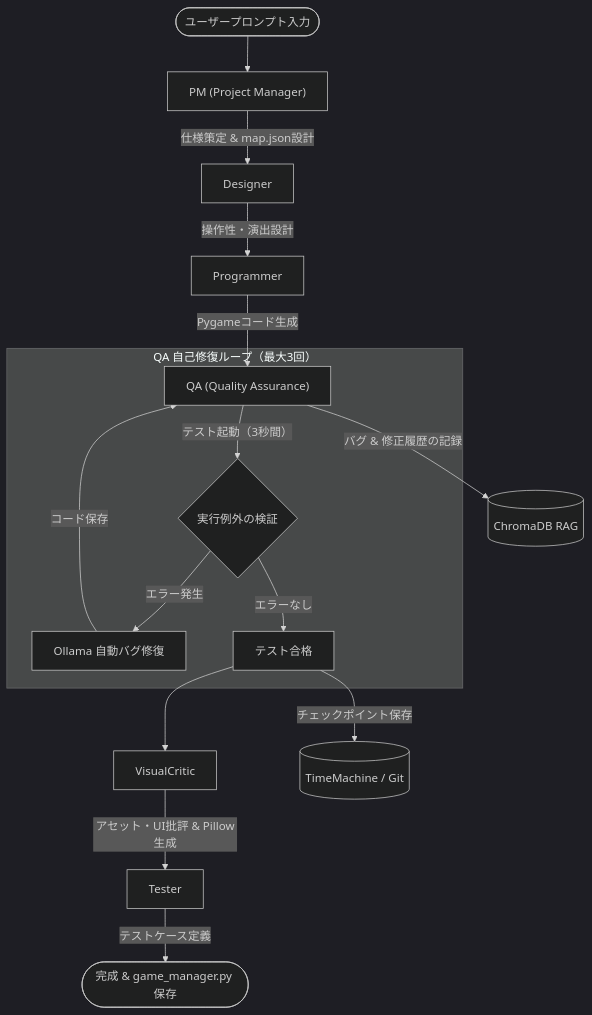
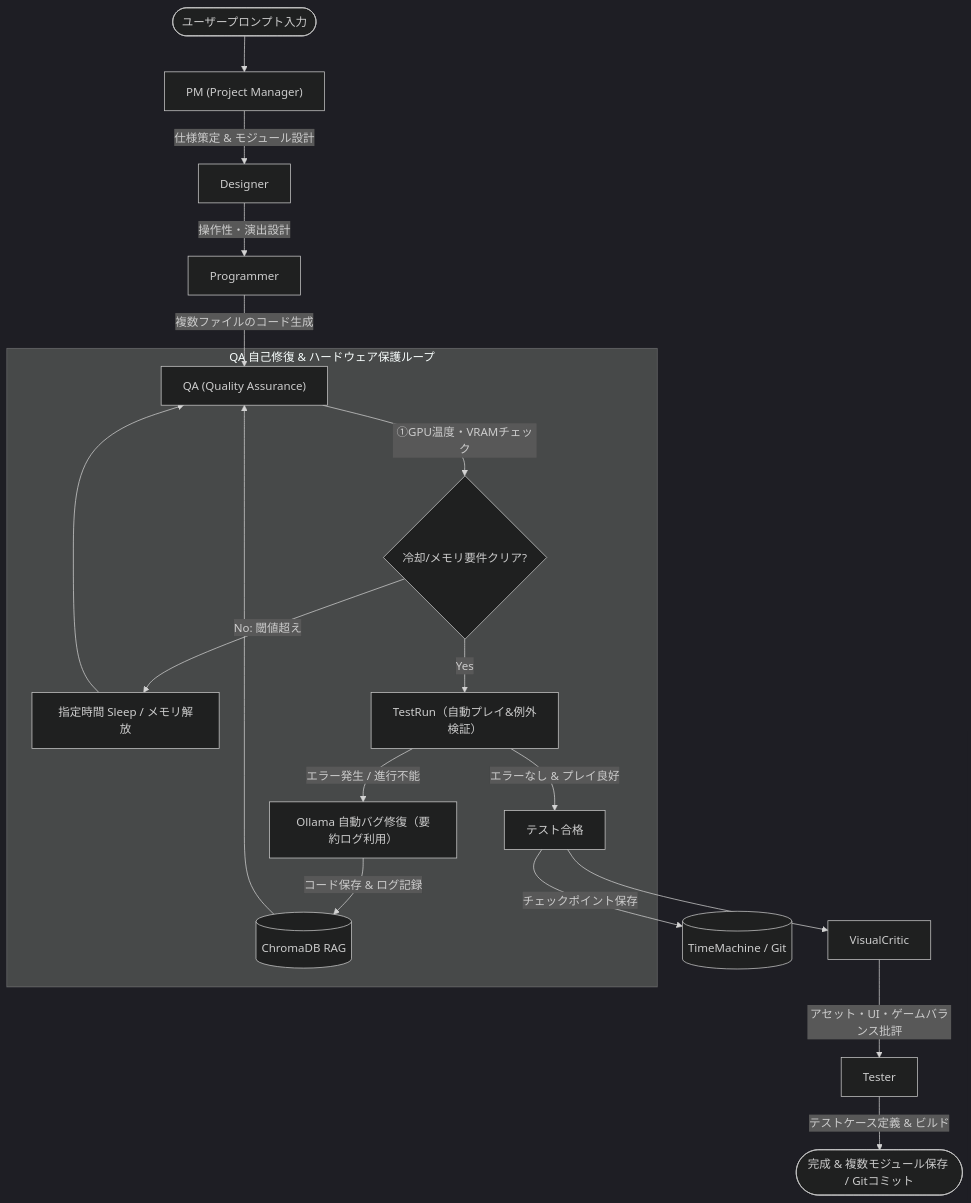
Before and after one commit to 109mei/AIgamestudio: the first of 2 diagrams in README.md, drawn with Mermaid (dark theme). The commit also changed other lines of this file, not shown here.

Commit message:
Update README.md with design challenges/solutions analysis and updated agent flow diagram

````diff
--- a/README.md
+++ b/README.md
@@ -12,22 +12,26 @@
 ```mermaid
 graph TD
     User([ユーザープロンプト入力]) --> PM["PM (Project Manager)"]
-    PM -->|仕様策定 & map.json設計| Designer["Designer"]
+    PM -->|仕様策定 & モジュール設計| Designer["Designer"]
     Designer -->|操作性・演出設計| Programmer["Programmer"]
-    Programmer -->|Pygameコード生成| QA["QA (Quality Assurance)"]
+    Programmer -->|複数ファイルのコード生成| QA["QA (Quality Assurance)"]
 
-    subgraph QA_Loop ["QA 自己修復ループ（最大3回）"]
-        QA -->|テスト起動（3秒間）| TestRun{"実行例外の検証"}
-        TestRun -->|エラー発生| FixReq["Ollama 自動バグ修復"]
-        FixReq -->|コード保存| QA
-        TestRun -->|エラーなし| QA_Success["テスト合格"]
+    subgraph QA_Loop ["QA 自己修復 & ハードウェア保護ループ"]
+        QA -->|①GPU温度・VRAMチェック| Cooldown{"冷却/メモリ要件クリア?"}
+        Cooldown -->|No: 閾値超え| Sleep["指定時間 Sleep / メモリ解放"]
+        Sleep --> QA
+        Cooldown -->|Yes| TestRun["TestRun（自動プレイ&例外検証）"]
+        
+        TestRun -->|エラー発生 / 進行不能| FixReq["Ollama 自動バグ修復（要約ログ利用）"]
+        FixReq -->|コード保存 & ログ記録| RAG[(ChromaDB RAG)]
+        RAG --> QA
+        
+        TestRun -->|エラーなし & プレイ良好| QA_Success["テスト合格"]
     end
 
     QA_Success --> VisualCritic["VisualCritic"]
-    VisualCritic -->|アセット・UI批評 & Pillow生成| Tester["Tester"]
-    Tester -->|テストケース定義| End([完成 & game_manager.py 保存])
+    VisualCritic -->|アセット・UI・ゲームバランス批評| Tester["Tester"]
+    Tester -->|テストケース定義 & ビルド| End([完成 & 複数モジュール保存 / Gitコミット])
 
-    %% 識別子を実在するノード（QA）に修正し，文言を全角統一
-    QA -->|バグ & 修正履歴の記録| RAG[(ChromaDB RAG)]
     QA_Success -->|チェックポイント保存| TM[(TimeMachine / Git)]
 ```
````
